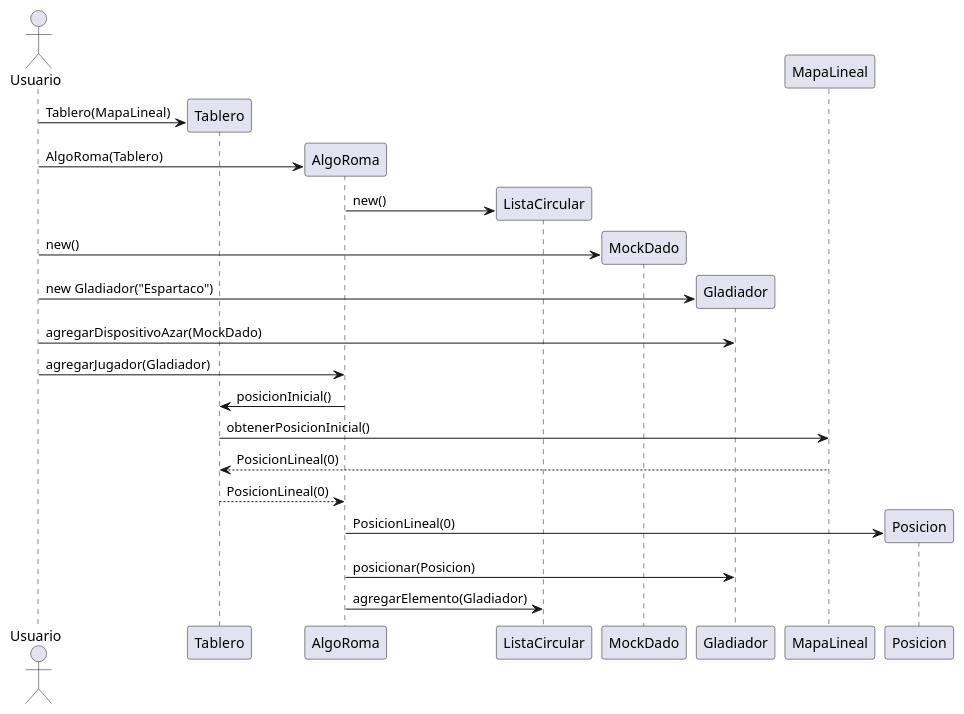
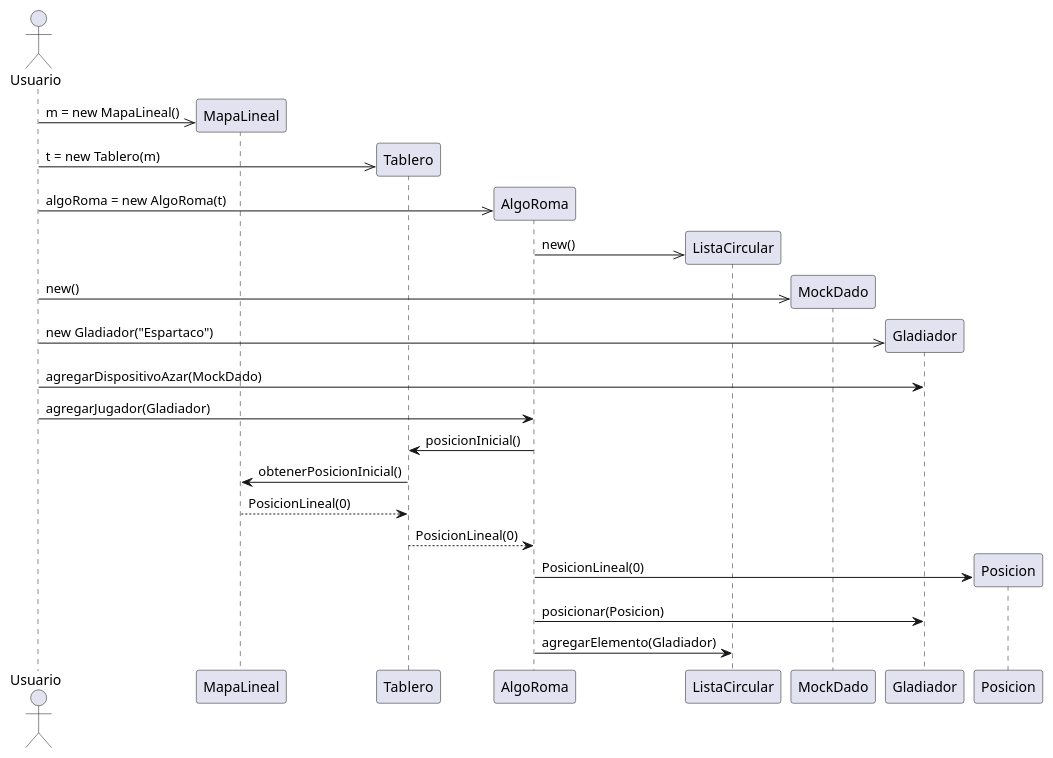
Before and after one commit to CrissRMFI/TP2-AlgoIII: the diagram in src/main/uml/sequences/añadirUnGladiadorAAlgoRoma.puml, drawn with PlantUML. The commit also changed 12 other files, not shown here.

```diff
--- a/src/main/uml/sequences/añadirUnGladiadorAAlgoRoma.puml
+++ b/src/main/uml/sequences/añadirUnGladiadorAAlgoRoma.puml
@@ -1,30 +1,32 @@
 @startuml
 
 actor Usuario
 
+create MapaLineal
+Usuario ->> MapaLineal: m = new MapaLineal()
 create Tablero
-Usuario -> Tablero: Tablero(MapaLineal)
+Usuario ->>  Tablero: t = new Tablero(m)
 create AlgoRoma
-Usuario -> AlgoRoma: AlgoRoma(Tablero)
+Usuario ->>  AlgoRoma: algoRoma = new AlgoRoma(t)
 create ListaCircular
-AlgoRoma -> ListaCircular: new()
+AlgoRoma ->>  ListaCircular: new()
 create MockDado
-Usuario -> MockDado: new()
+Usuario ->> MockDado: new()
 
 create Gladiador
-Usuario -> Gladiador: new Gladiador("Espartaco")
+Usuario ->>  Gladiador: new Gladiador("Espartaco")
 Usuario -> Gladiador: agregarDispositivoAzar(MockDado)
 
 Usuario -> AlgoRoma: agregarJugador(Gladiador)
 AlgoRoma -> Tablero: posicionInicial()
 Tablero -> MapaLineal: obtenerPosicionInicial()
 MapaLineal --> Tablero: PosicionLineal(0)
 Tablero --> AlgoRoma: PosicionLineal(0)
 
 create Posicion
 AlgoRoma -> Posicion: PosicionLineal(0)
 AlgoRoma -> Gladiador: posicionar(Posicion)
 AlgoRoma -> ListaCircular: agregarElemento(Gladiador)
 
 
 @enduml
```
